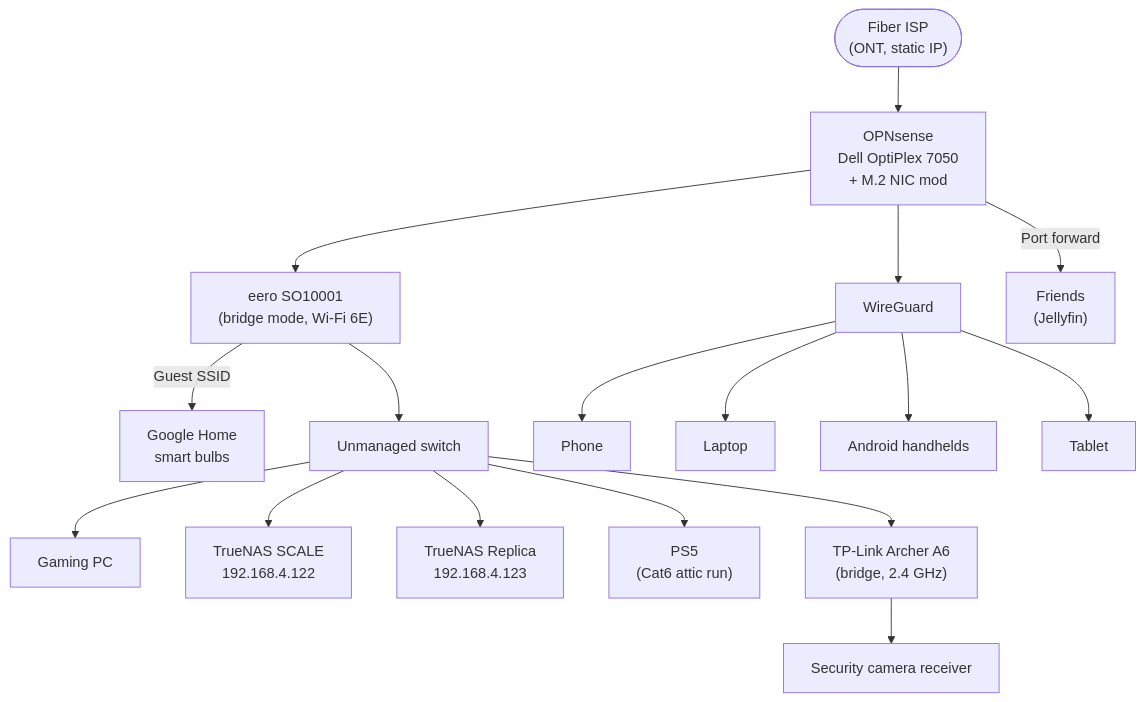
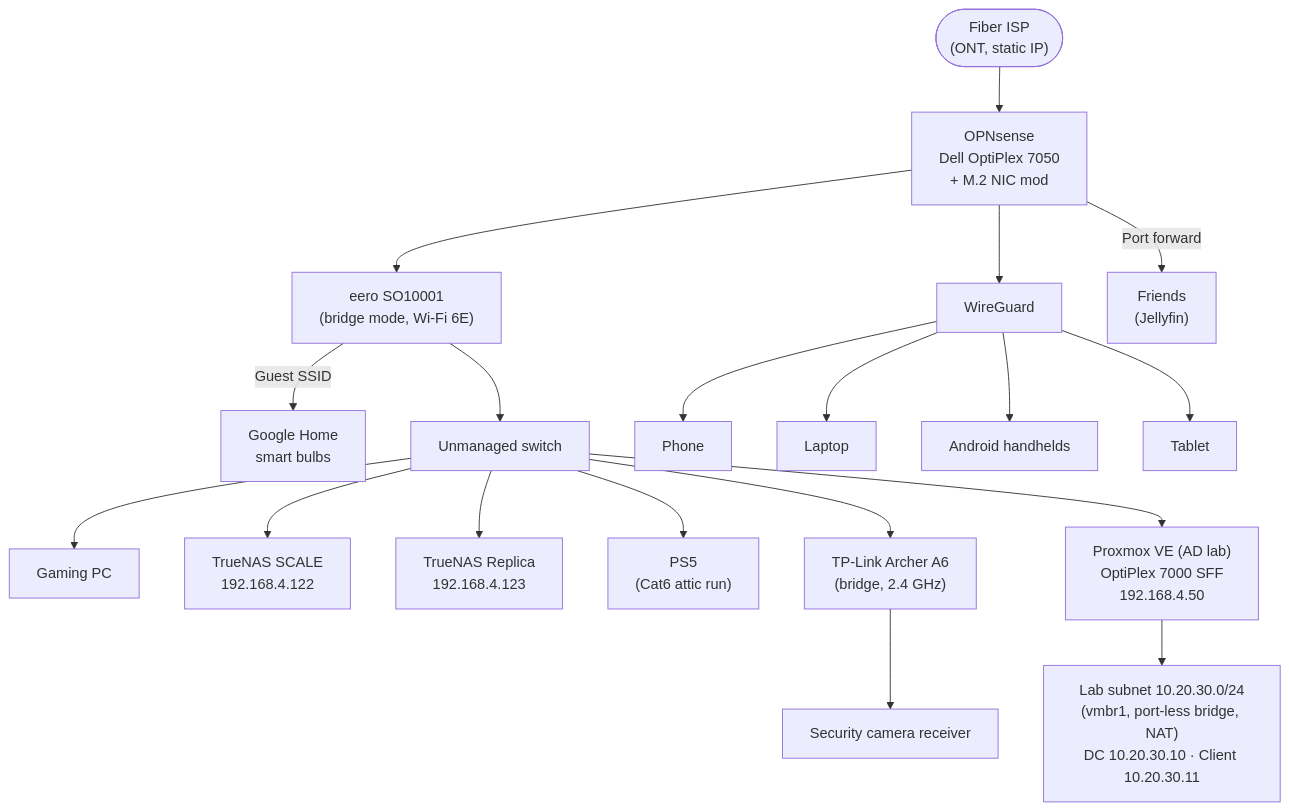
The diagram in docs/network-architecture.md (SammyTheKat/homelab), drawn with Mermaid before and after one commit. The commit also changed other lines of this file, not shown here.

Commit message:
Network architecture: add Proxmox AD-lab host and isolated lab subnet

````diff
--- a/docs/network-architecture.md
+++ b/docs/network-architecture.md
@@ -11,19 +11,21 @@
 ```mermaid
 flowchart TB
     Fiber(["Fiber ISP<br/>(ONT, static IP)"]) --> OPNsense["OPNsense<br/>Dell OptiPlex 7050<br/>+ M.2 NIC mod"]
     OPNsense --> Eero["eero SO10001<br/>(bridge mode, Wi-Fi 6E)"]
     Eero -->|Guest SSID| IoT["Google Home<br/>smart bulbs"]
     Eero --> Switch["Unmanaged switch"]
     Switch --> GamingPC["Gaming PC"]
     Switch --> TrueNAS["TrueNAS SCALE<br/>192.168.4.122"]
     Switch --> Replica["TrueNAS Replica<br/>192.168.4.123"]
     Switch --> PS5["PS5<br/>(Cat6 attic run)"]
     Switch --> Archer["TP-Link Archer A6<br/>(bridge, 2.4 GHz)"]
     Archer --> CamHub["Security camera receiver"]
+    Switch --> Proxmox["Proxmox VE (AD lab)<br/>OptiPlex 7000 SFF<br/>192.168.4.50"]
+    Proxmox --> LabNet["Lab subnet 10.20.30.0/24<br/>(vmbr1, port-less bridge, NAT)<br/>DC 10.20.30.10 · Client 10.20.30.11"]
     OPNsense --> WG["WireGuard"]
     WG --> Phone["Phone"]
     WG --> Laptop["Laptop"]
     WG --> Handhelds["Android handhelds"]
     WG --> Tablet["Tablet"]
     OPNsense -->|Port forward| Friends["Friends<br/>(Jellyfin)"]
 ```
````
